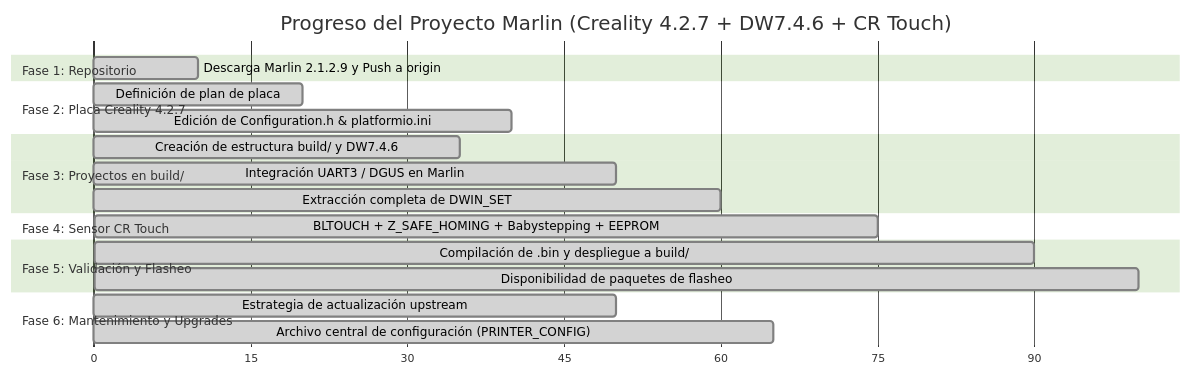
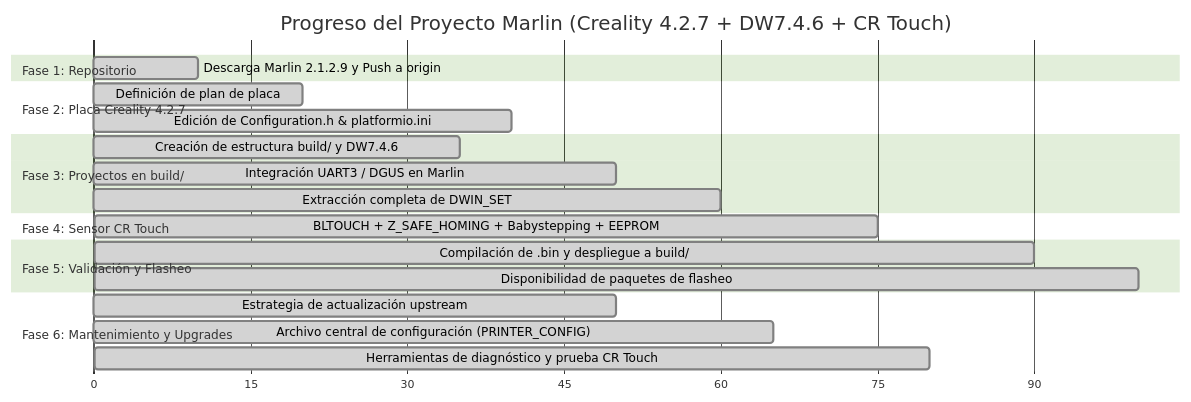
One commit to enav12/Marlin changed the diagram in PLAN_MAESTRO.md. Above: the diagram before and after it, drawn with Mermaid (forest theme). The commit also changed other lines of this file and 5 other files, not shown here.

````diff
--- a/PLAN_MAESTRO.md
+++ b/PLAN_MAESTRO.md
@@ -28,23 +29,24 @@
 ```mermaid
 gantt
     title Progreso del Proyecto Marlin (Creality 4.2.7 + DW7.4.6 + CR Touch)
     dateFormat  X
     axisFormat %s
     section Fase 1: Repositorio
     Descarga Marlin 2.1.2.9 y Push a origin        :done, 0, 10
     section Fase 2: Placa Creality 4.2.7
     Definición de plan de placa                    :done, 10, 20
     Edición de Configuration.h & platformio.ini    :done, 20, 40
     section Fase 3: Proyectos en build/
     Creación de estructura build/ y DW7.4.6        :done, 20, 35
     Integración UART3 / DGUS en Marlin             :done, 35, 50
     Extracción completa de DWIN_SET                :done, 50, 60
     section Fase 4: Sensor CR Touch
     BLTOUCH + Z_SAFE_HOMING + Babystepping + EEPROM:done, 60, 75
     section Fase 5: Validación y Flasheo
     Compilación de .bin y despliegue a build/      :done, 75, 90
     Disponibilidad de paquetes de flasheo          :done, 90, 100
     section Fase 6: Mantenimiento y Upgrades
     Estrategia de actualización upstream           :done, 30, 50
     Archivo central de configuración (PRINTER_CONFIG):done, 50, 65
+    Herramientas de diagnóstico y prueba CR Touch  :done, 65, 80
 ```
````
